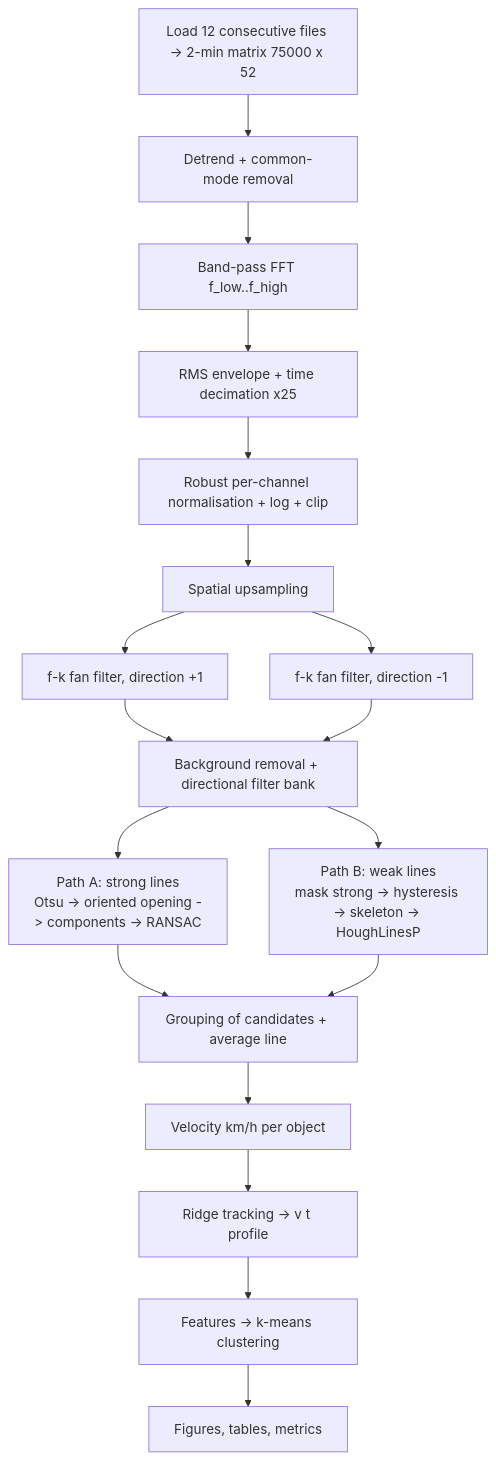
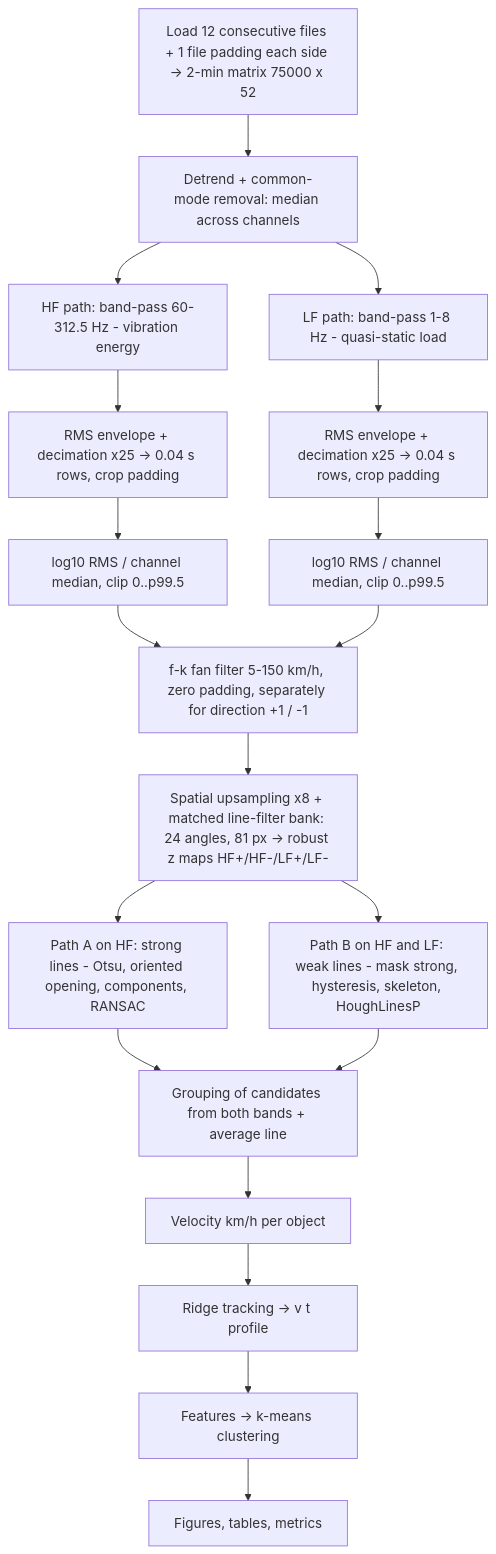
The diagram in docs/flowchart.md (KubaBan84/Object_detection_from_DAS), drawn with Mermaid before and after one commit. The commit also changed 19 other files, not shown here.

````diff
--- a/docs/flowchart.md
+++ b/docs/flowchart.md
@@ -3,20 +3,21 @@
 ```mermaid
 flowchart TD
-    A[Load 12 consecutive files -> 2-min matrix 75000 x 52] --> B[Detrend + common-mode removal]
-    B --> C[Band-pass FFT f_low..f_high]
-    C --> D[RMS envelope + time decimation x25]
-    D --> E[Robust per-channel normalisation + log + clip]
-    E --> F[Spatial upsampling]
-    F --> G1[f-k fan filter, direction +1]
-    F --> G2[f-k fan filter, direction -1]
-    G1 --> H[Background removal + directional filter bank]
-    G2 --> H
-    H --> S[Path A: strong lines\nOtsu -> oriented opening -> components -> RANSAC]
-    H --> W[Path B: weak lines\nmask strong -> hysteresis -> skeleton -> HoughLinesP]
-    S --> M[Grouping of candidates + average line]
+    A[Load 12 consecutive files + 1 file padding each side -> 2-min matrix 75000 x 52] --> B[Detrend + common-mode removal: median across channels]
+    B --> HF1[HF path: band-pass 60-312.5 Hz - vibration energy]
+    B --> LF1[LF path: band-pass 1-8 Hz - quasi-static load]
+    HF1 --> HF2[RMS envelope + decimation x25 -> 0.04 s rows, crop padding]
+    LF1 --> LF2[RMS envelope + decimation x25 -> 0.04 s rows, crop padding]
+    HF2 --> HF3[log10 RMS / channel median, clip 0..p99.5]
+    LF2 --> LF3[log10 RMS / channel median, clip 0..p99.5]
+    HF3 --> F[f-k fan filter 5-150 km/h, zero padding, separately for direction +1 / -1]
+    LF3 --> F
+    F --> H[Spatial upsampling x8 + matched line-filter bank: 24 angles, 81 px -> robust z maps HF+/HF-/LF+/LF-]
+    H --> S[Path A on HF: strong lines - Otsu, oriented opening, components, RANSAC]
+    H --> W[Path B on HF and LF: weak lines - mask strong, hysteresis, skeleton, HoughLinesP]
+    S --> M[Grouping of candidates from both bands + average line]
     W --> M
     M --> V[Velocity km/h per object]
     V --> T[Ridge tracking -> v t profile]
     T --> K[Features -> k-means clustering]
     K --> R[Figures, tables, metrics]
 ```
````
